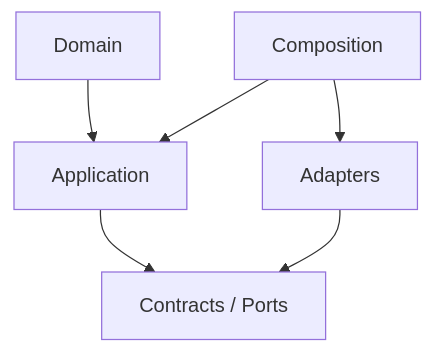
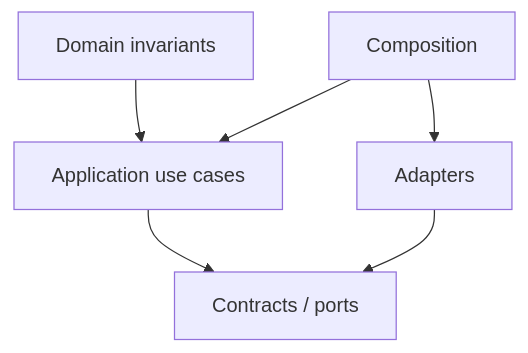
Before and after one commit to 963sup/Line_Bot_v1: the second of 2 diagrams in packages/account/ARCHITECTURE.md, drawn with Mermaid. The commit also changed other lines of this file and 40 other files, not shown here.

Commit message:
docs: generate architecture maps by module kind

````diff
--- a/packages/account/ARCHITECTURE.md
+++ b/packages/account/ARCHITECTURE.md
@@ -21,8 +21,8 @@
 ```mermaid
 flowchart TD
-Domain[Domain] --> Application[Application]
-Application --> Contracts[Contracts / Ports]
-Composition[Composition] --> Application
-Adapters[Adapters] --> Contracts
-Composition --> Adapters
+  Domain[Domain invariants] --> Application[Application use cases]
+  Application --> Ports[Contracts / ports]
+  Composition[Composition] --> Application
+  Adapters[Adapters] --> Ports
+  Composition --> Adapters
 ```
````
